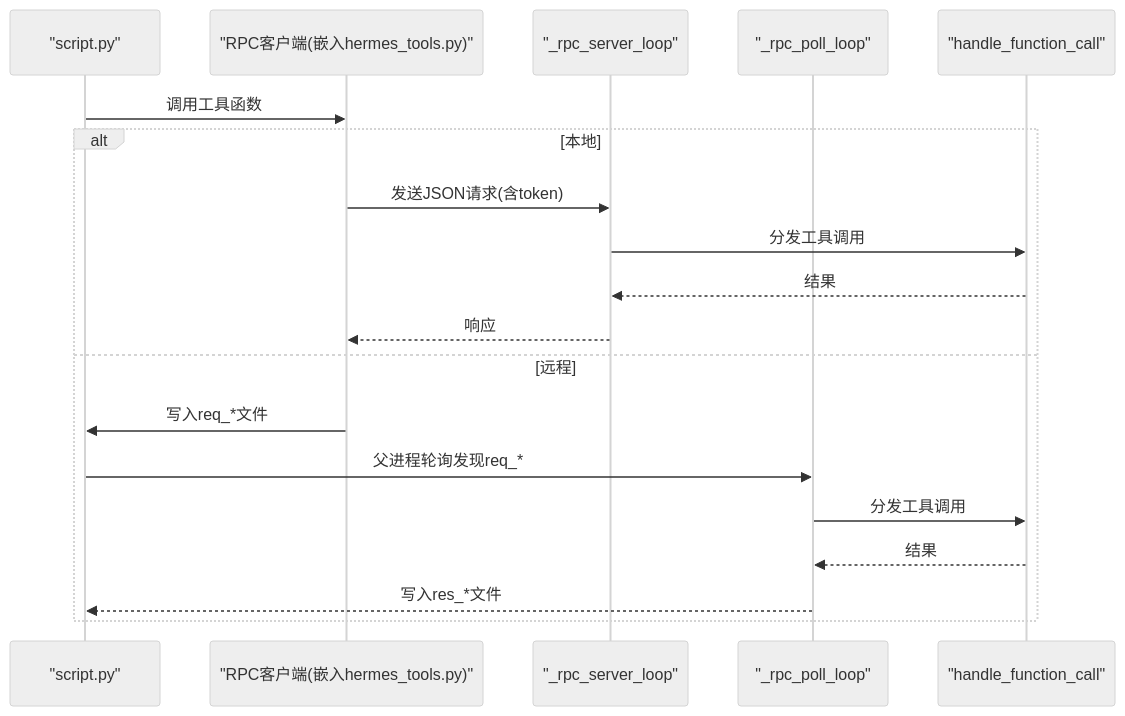
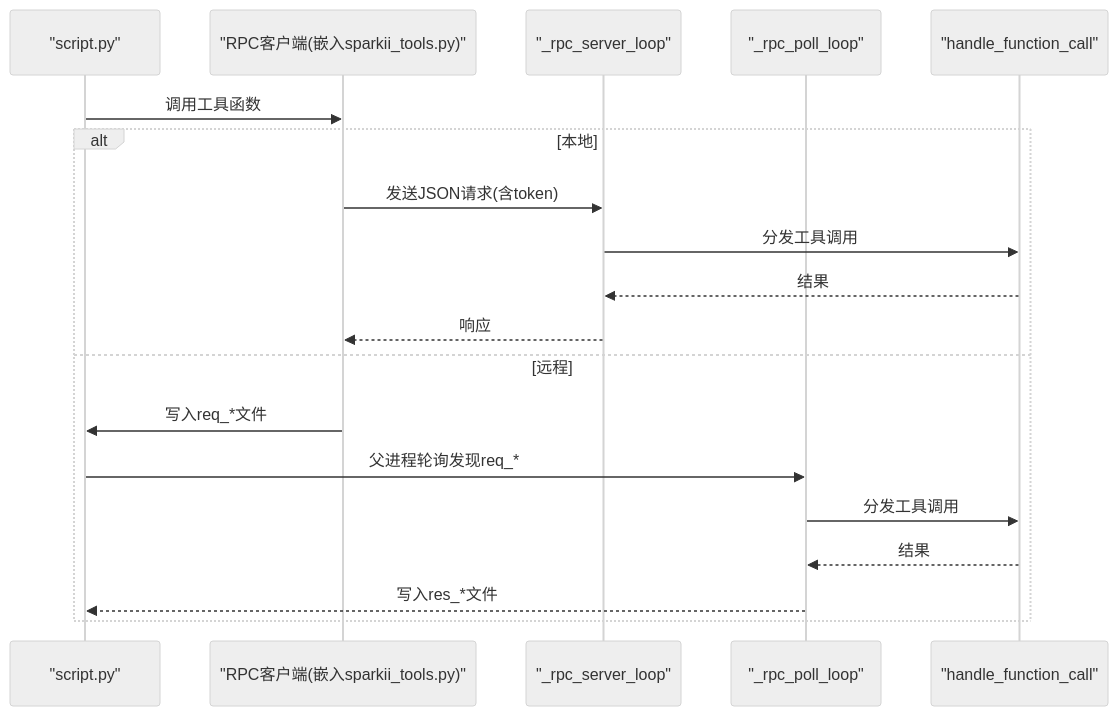
Before and after one commit to YueDJ/SpaikiiDesktop: the fourth of 7 diagrams in .qoder/repowiki/zh/content/用户指南/桌面应用使用指南/工具使用指南/代码执行工具.md, drawn with Mermaid (neutral theme). The commit also changed other lines of this file and 299 other files, not shown here.

````diff
--- a/.qoder/repowiki/zh/content/用户指南/桌面应用使用指南/工具使用指南/代码执行工具.md
+++ b/.qoder/repowiki/zh/content/用户指南/桌面应用使用指南/工具使用指南/代码执行工具.md
@@ -160,21 +160,21 @@
 ```mermaid
 sequenceDiagram
 participant Script as "script.py"
-participant Client as "RPC客户端(嵌入hermes_tools.py)"
+participant Client as "RPC客户端(嵌入sparkii_tools.py)"
 participant Srv as "_rpc_server_loop"
 participant Poll as "_rpc_poll_loop"
 participant Tool as "handle_function_call"
 Script->>Client : 调用工具函数
 alt 本地
 Client->>Srv : 发送JSON请求(含token)
 Srv->>Tool : 分发工具调用
 Tool-->>Srv : 结果
 Srv-->>Client : 响应
 else 远程
 Client->>Script : 写入req_*文件
 Script->>Poll : 父进程轮询发现req_*
 Poll->>Tool : 分发工具调用
 Tool-->>Poll : 结果
 Poll-->>Script : 写入res_*文件
 end
 ```
````
